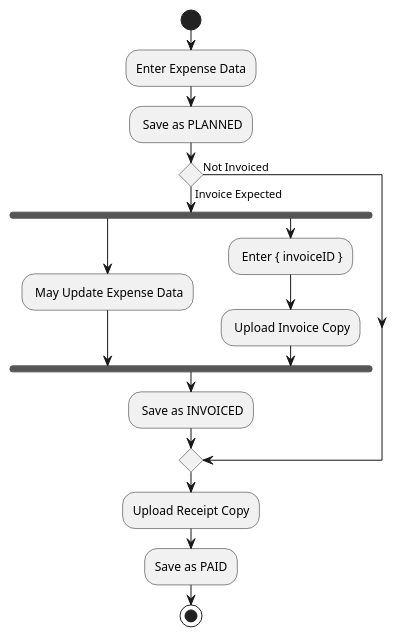
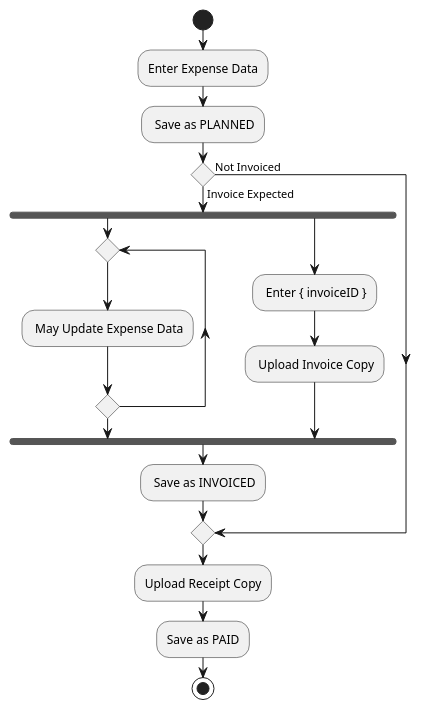
Before and after one commit to onouv/expenses: the diagram in doc/use-cases/assign-expense/assign-expense-workflow.puml, drawn with PlantUML. The commit also changed 8 other files, not shown here.

```diff
--- a/doc/use-cases/assign-expense/assign-expense-workflow.puml
+++ b/doc/use-cases/assign-expense/assign-expense-workflow.puml
@@ -1,20 +1,22 @@
 @startuml
 start
 :Enter Expense Data;
 : Save as PLANNED;
 
 if () then (Not Invoiced)
 else (Invoice Expected)
     fork
-        : May Update Expense Data;
+        repeat
+            : May Update Expense Data;
+        repeat while
     fork again
         : Enter { invoiceID };
         : Upload Invoice Copy;
     end fork
     : Save as INVOICED;
 endif
 :Upload Receipt Copy;
 :Save as PAID;
 
 stop
 @enduml
```
